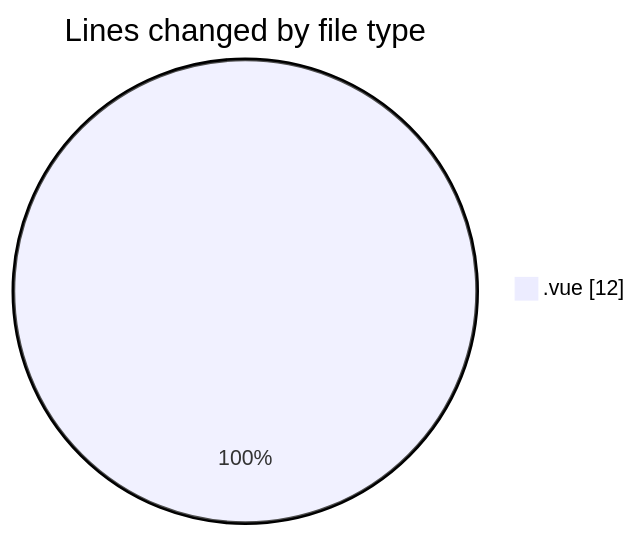
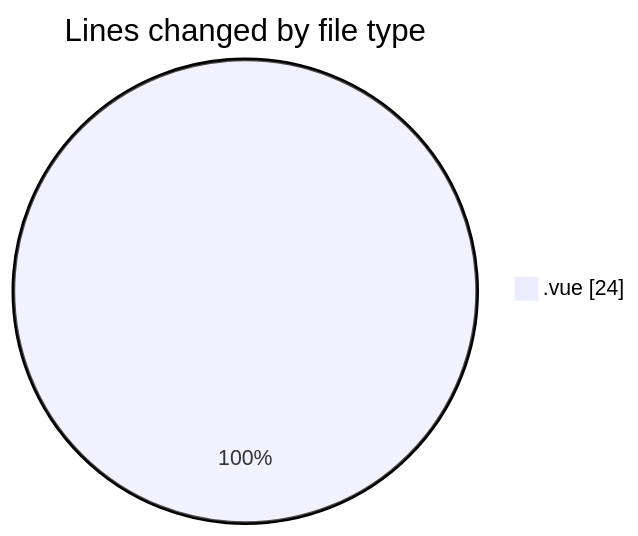
One commit to lephambinh05/code-tracking changed the first of 2 diagrams in 2025-08-11/rentotp/README.md. Above: the diagram before and after it, drawn with Mermaid. The commit also changed other lines of this file and 1 other file, not shown here.

````diff
--- a/2025-08-11/rentotp/README.md
+++ b/2025-08-11/rentotp/README.md
@@ -20,5 +20,5 @@
 ```mermaid
 pie showData
 title Lines changed by file type
-".vue" : 12
+".vue" : 24
 ```
````
